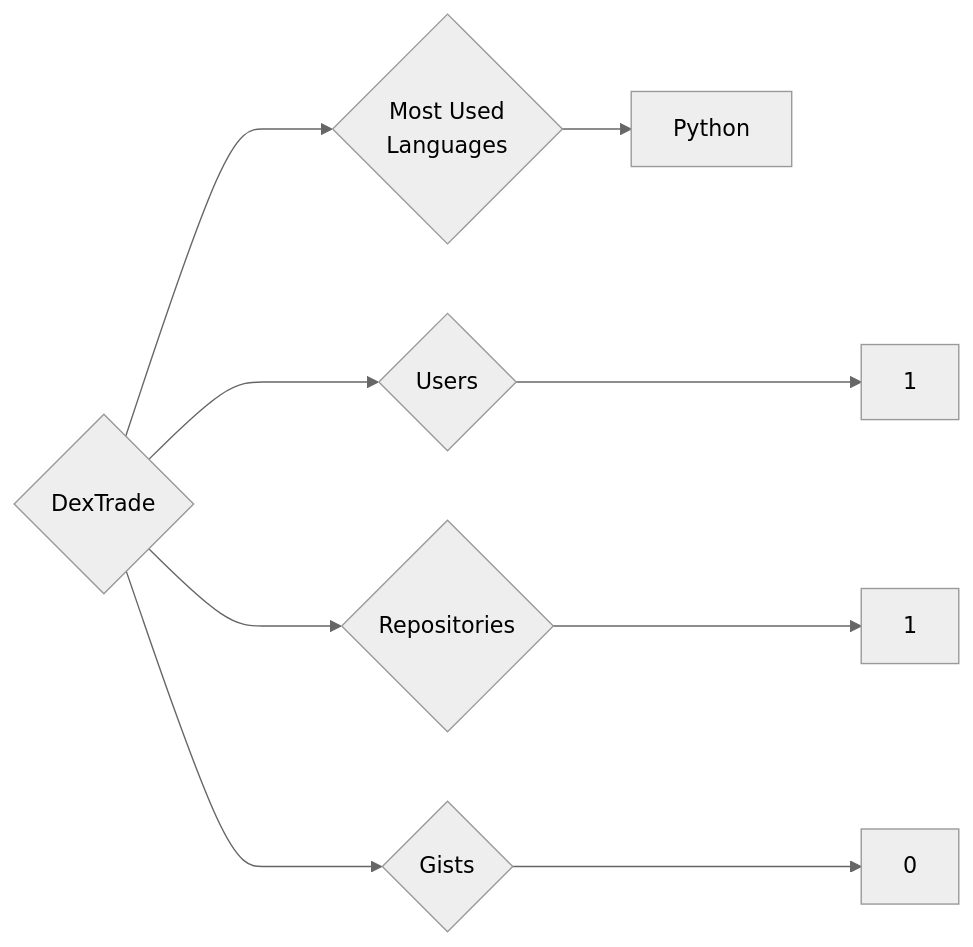
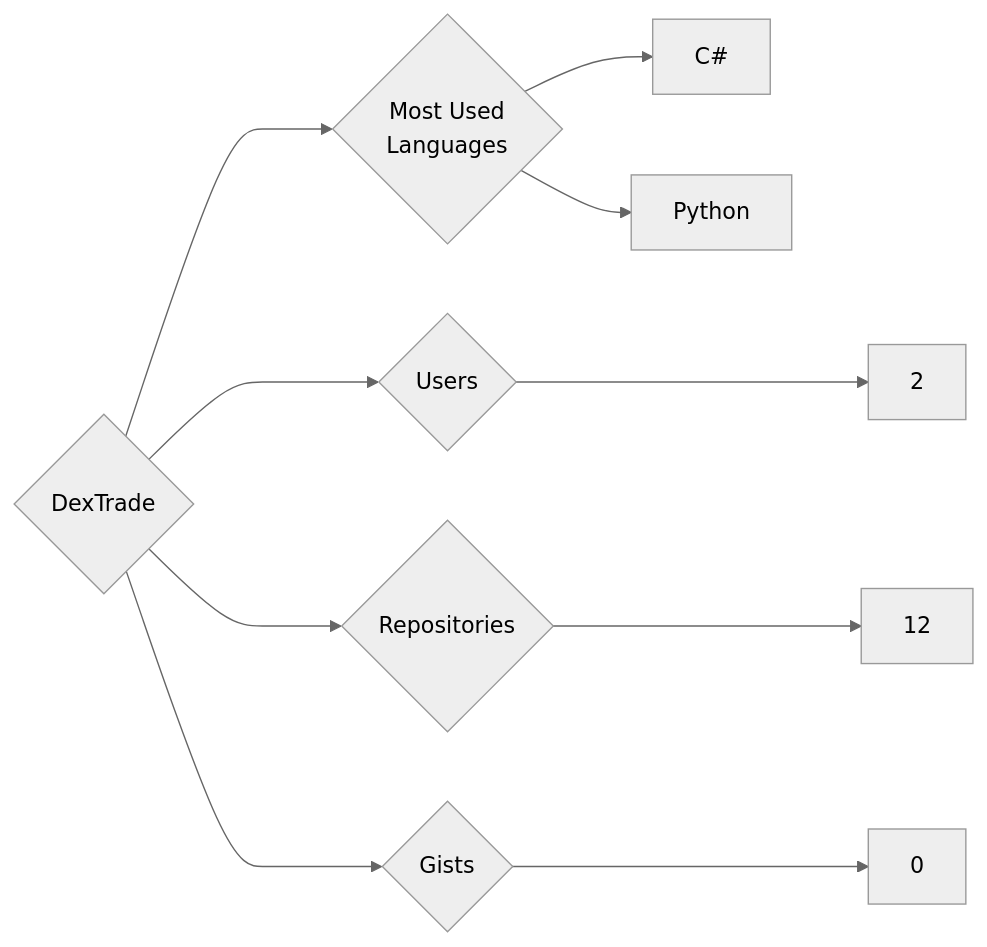
The diagram in targets/DexTrade/README.md (trickest/insiders), drawn with Mermaid (neutral theme) before and after one commit. The commit also changed 783 other files, not shown here.

````diff
--- a/targets/DexTrade/README.md
+++ b/targets/DexTrade/README.md
@@ -3,9 +3,10 @@
 ```mermaid
 graph LR
 COMPANY_NAME{DexTrade}
-COMPANY_NAME ---> U{Users} ---> UN[1]
-COMPANY_NAME ---> R{Repositories} ---> RN[1]
+COMPANY_NAME ---> U{Users} ---> UN[2]
+COMPANY_NAME ---> R{Repositories} ---> RN[12]
 COMPANY_NAME ---> G{Gists} ---> GN[0]
 COMPANY_NAME ---> ML{Most Used<br>Languages}
+ML --> C#[C#]
 ML --> Python[Python]
 ```
````
